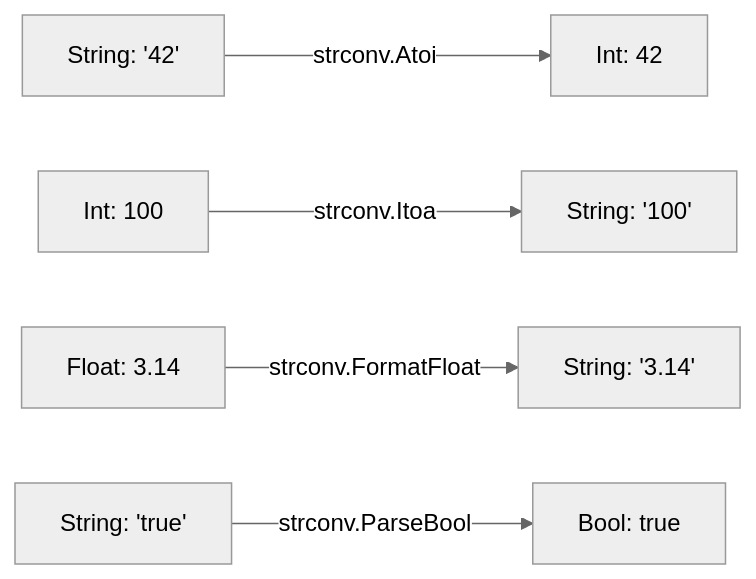
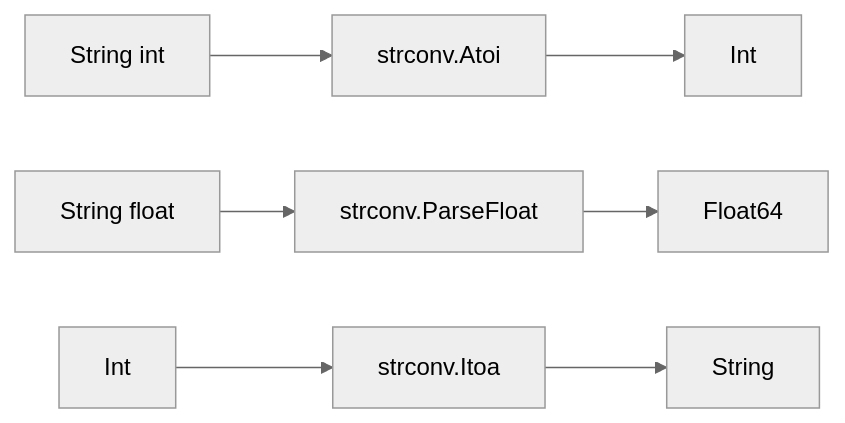
One commit to syahputrawork98-sketch/Golang-Knowledge-Base changed the diagram in RAK-05-standard-library/SR-01-data-processing/BK-01-string-text/CH-02_Strconv/README.md. Above: the diagram before and after it, drawn with Mermaid (neutral theme). The commit also changed other lines of this file and 44 other files, not shown here.

````diff
--- a/RAK-05-standard-library/SR-01-data-processing/BK-01-string-text/CH-02_Strconv/README.md
+++ b/RAK-05-standard-library/SR-01-data-processing/BK-01-string-text/CH-02_Strconv/README.md
@@ -23,7 +33,9 @@
 ```mermaid
 graph LR
-    S[String: '42'] -->|strconv.Atoi| I[Int: 42]
-    I2[Int: 100] -->|strconv.Itoa| S2[String: '100']
-    F[Float: 3.14] -->|strconv.FormatFloat| S3[String: '3.14']
-    S4[String: 'true'] -->|strconv.ParseBool| B[Bool: true]
+    S1[String int] --> Atoi[strconv.Atoi]
+    Atoi --> I[Int]
+    S2[String float] --> ParseFloat[strconv.ParseFloat]
+    ParseFloat --> F[Float64]
+    I2[Int] --> Itoa[strconv.Itoa]
+    Itoa --> S3[String]
 ```
````
